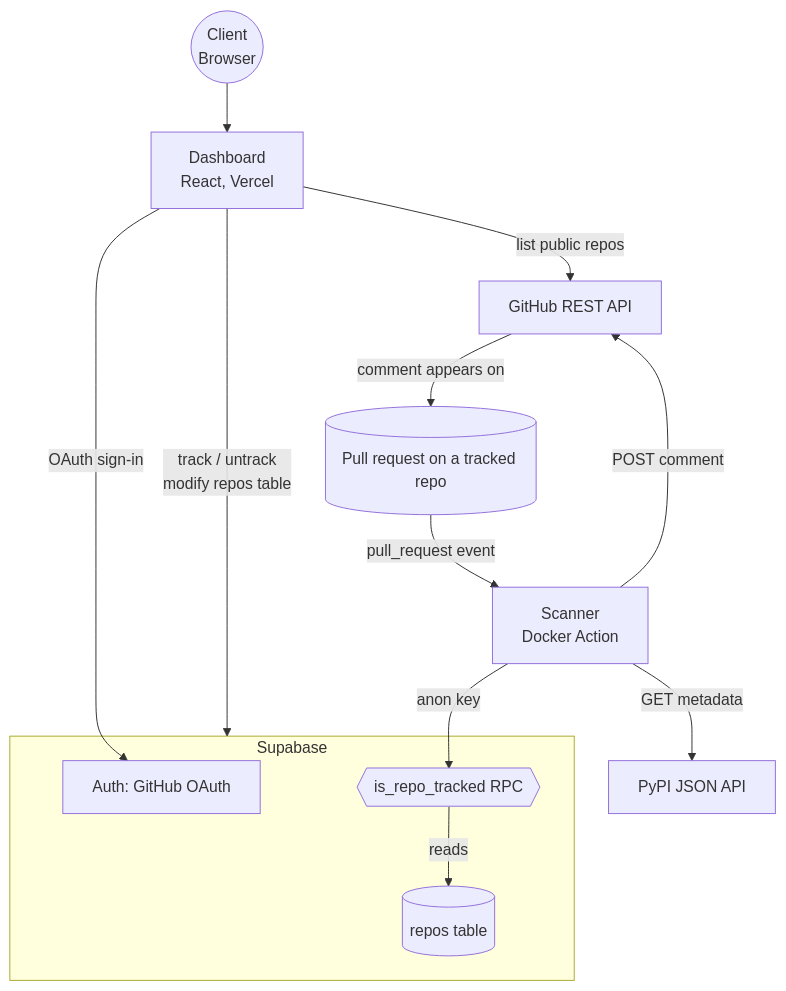
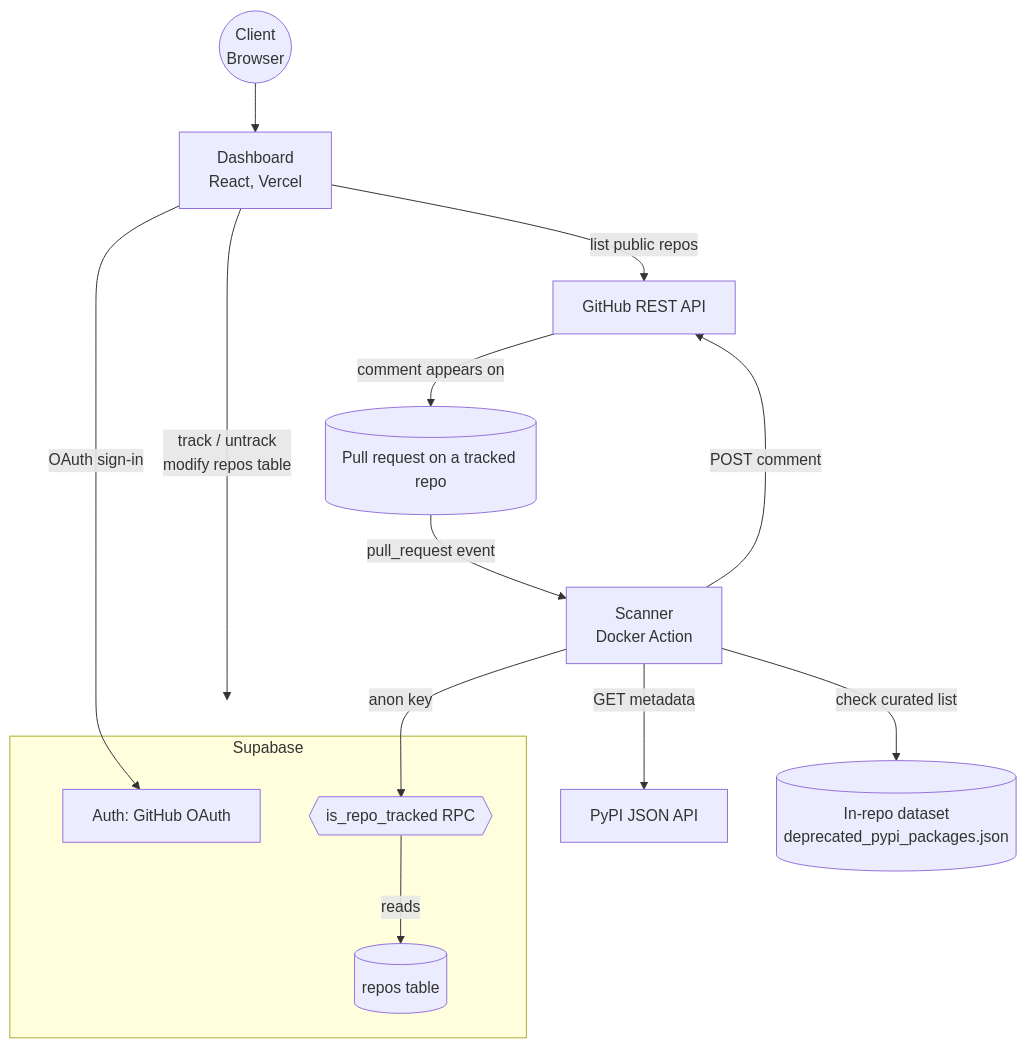
One commit to dxfeng/deprecation-auditor changed the diagram in README.md. Above: the diagram before and after it, drawn with Mermaid. The commit also changed other lines of this file, not shown here.

Commit message:
Modified mermaid

````diff
--- a/README.md
+++ b/README.md
@@ -27,23 +27,24 @@
 ```mermaid
 flowchart TD
     Browser((Client\nBrowser)) --> Dashboard[Dashboard\nReact, Vercel]
 
     subgraph Supabase["Supabase"]
         AuthSvc[Auth: GitHub OAuth]
         RPC{{is_repo_tracked RPC}}
         ReposTable[(repos table)]
         RPC -->|reads| ReposTable
     end
 
     Dashboard -->|OAuth sign-in| AuthSvc
     Dashboard -->|track / untrack \n modify repos table| Supabase
 
     Repo[(Pull request on a tracked repo)] -->|pull_request event| Scanner[Scanner\nDocker Action]
     Scanner -->|anon key| RPC
     Scanner -->|GET metadata| PyPI[PyPI JSON API]
+    Scanner -->|check curated list| DeprDataset[(In-repo dataset\ndeprecated_pypi_packages.json)]
 
     GitHub[GitHub REST API]
     Dashboard -->|list public repos| GitHub
     Scanner -->|POST comment| GitHub
     GitHub -->|comment appears on| Repo
 ```
````
